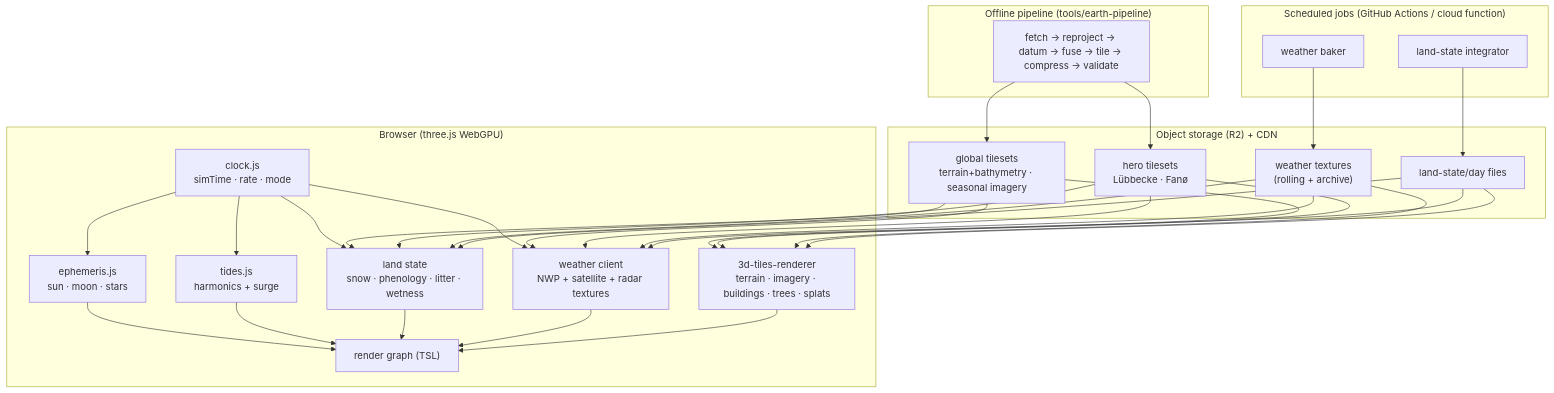
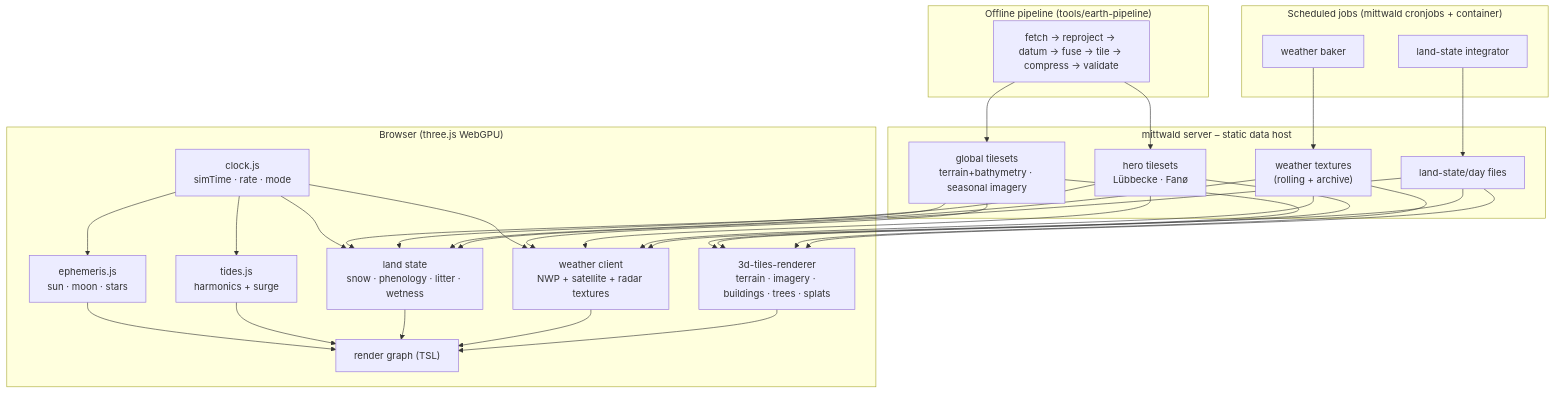
One commit to dgrieser/living-planet-3d changed the diagram in docs/earth-sim/01-architecture.md. Above: the diagram before and after it, drawn with Mermaid. The commit also changed 8 other files, not shown here.

First line of the commit message:
docs(earth): owner decisions – mittwald hosting, EOX imagery, no drones; data-request guide; licence checks resolved

````diff
--- a/docs/earth-sim/01-architecture.md
+++ b/docs/earth-sim/01-architecture.md
@@ -66,28 +66,28 @@
 ```mermaid
 flowchart TB
   subgraph Client["Browser (three.js WebGPU)"]
     Clock["clock.js<br/>simTime · rate · mode"] --> Eph["ephemeris.js<br/>sun · moon · stars"]
     Clock --> Tide["tides.js<br/>harmonics + surge"]
     Clock --> State["land state<br/>snow · phenology · litter · wetness"]
     Clock --> Wx["weather client<br/>NWP + satellite + radar textures"]
     Tiles["3d-tiles-renderer<br/>terrain · imagery · buildings · trees · splats"]
     Eph & Tide & State & Wx & Tiles --> Render["render graph (TSL)"]
   end
-  subgraph Static["Object storage (R2) + CDN"]
+  subgraph Static["mittwald server – static data host"]
     Global["global tilesets<br/>terrain+bathymetry · seasonal imagery"]
     Hero["hero tilesets<br/>Lübbecke · Fanø"]
     WxTex["weather textures<br/>(rolling + archive)"]
     LandState["land-state/day files"]
   end
-  subgraph Jobs["Scheduled jobs (GitHub Actions / cloud function)"]
+  subgraph Jobs["Scheduled jobs (mittwald cronjobs + container)"]
     Baker["weather baker"]
     StateJob["land-state integrator"]
   end
   subgraph Offline["Offline pipeline (tools/earth-pipeline)"]
     Pipe["fetch → reproject → datum → fuse → tile → compress → validate"]
   end
   Pipe --> Global & Hero
   Baker --> WxTex
   StateJob --> LandState
   Global & Hero & WxTex & LandState --> Tiles & Wx & State
 ```
````
